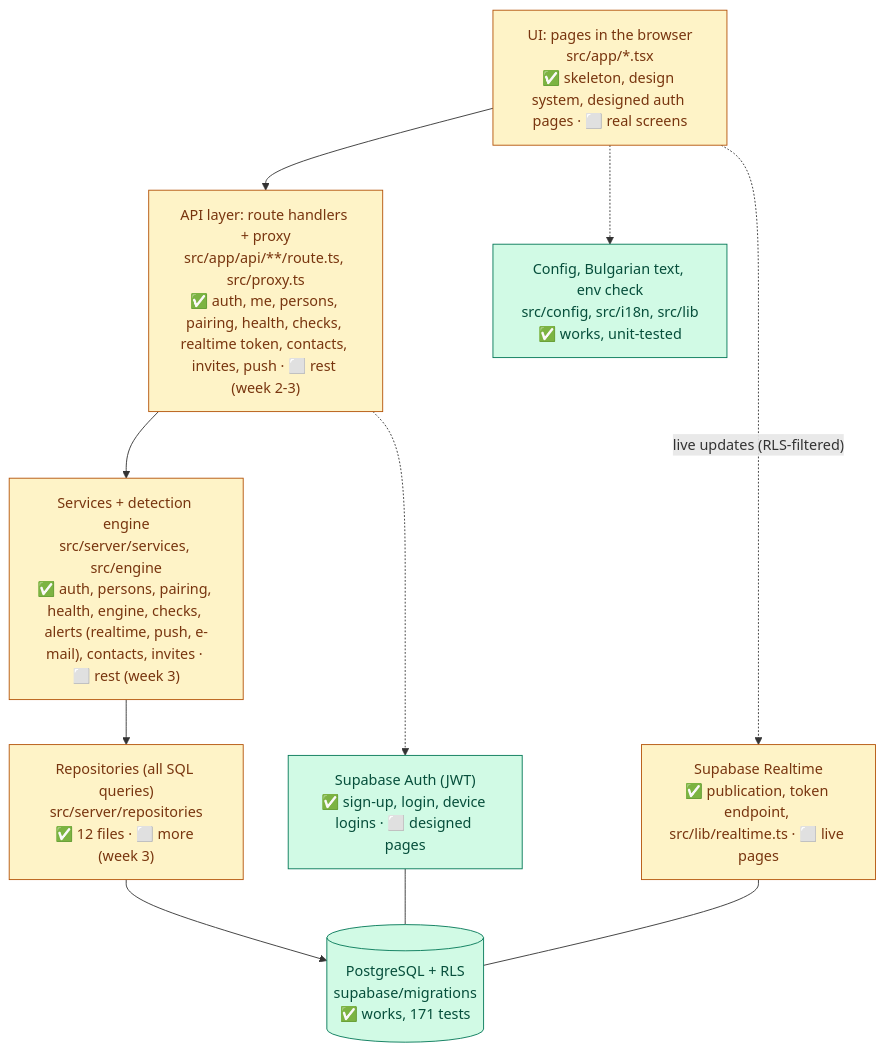
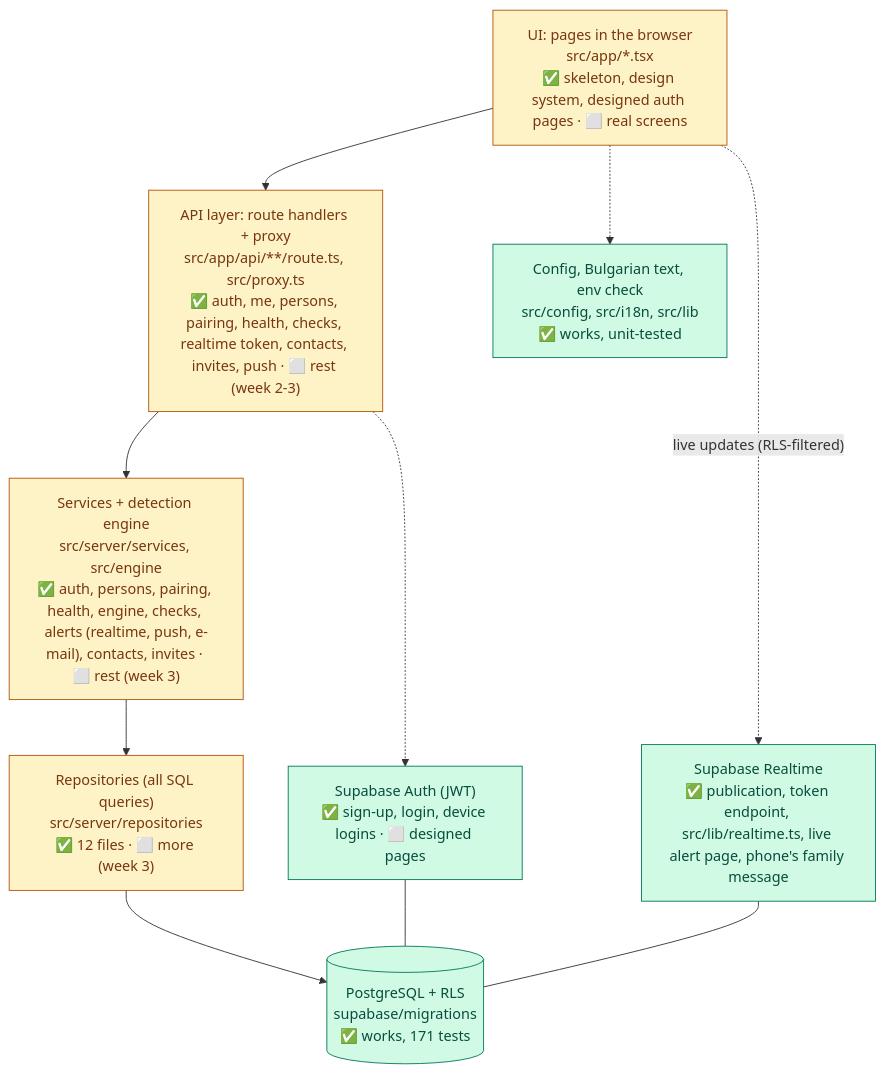
Before and after one commit to AVGe0rgiev23/Scamly: the diagram in docs/HOW_IT_WORKS.md, drawn with Mermaid. The commit also changed other lines of this file and 21 other files, not shown here.

Commit message:
Add live family alert page with „Обаждам ѝ се сега“ button and reliable Realtime updates

````diff
--- a/docs/HOW_IT_WORKS.md
+++ b/docs/HOW_IT_WORKS.md
@@ -38,24 +40,24 @@
 ```mermaid
 flowchart TB
   UI["UI: pages in the browser<br/>src/app/*.tsx<br/>✅ skeleton, design system, designed auth pages · ⬜ real screens"]
   API["API layer: route handlers + proxy<br/>src/app/api/**/route.ts, src/proxy.ts<br/>✅ auth, me, persons, pairing, health, checks, realtime token, contacts, invites, push · ⬜ rest (week 2-3)"]
   SVC["Services + detection engine<br/>src/server/services, src/engine<br/>✅ auth, persons, pairing, health, engine, checks, alerts (realtime, push, e-mail), contacts, invites · ⬜ rest (week 3)"]
   REPO["Repositories (all SQL queries)<br/>src/server/repositories<br/>✅ 12 files · ⬜ more (week 3)"]
   PG[("PostgreSQL + RLS<br/>supabase/migrations<br/>✅ works, 171 tests")]
   AUTH["Supabase Auth (JWT)<br/>✅ sign-up, login, device logins · ⬜ designed pages"]
-  RT["Supabase Realtime<br/>✅ publication, token endpoint, src/lib/realtime.ts · ⬜ live pages"]
+  RT["Supabase Realtime<br/>✅ publication, token endpoint, src/lib/realtime.ts, live alert page, phone's family message"]
   CFG["Config, Bulgarian text, env check<br/>src/config, src/i18n, src/lib<br/>✅ works, unit-tested"]
 
   UI --> API --> SVC --> REPO --> PG
   UI -.-> CFG
   API -.-> AUTH
   AUTH --- PG
   RT --- PG
   UI -. "live updates (RLS-filtered)" .-> RT
 
   classDef done fill:#d1fae5,stroke:#047857,color:#064e3b
   classDef planned fill:#f3f4f6,stroke:#6b7280,stroke-dasharray:5 5,color:#374151
   classDef partly fill:#fef3c7,stroke:#b45309,color:#78350f
-  class PG,CFG,AUTH done
-  class UI,API,SVC,REPO,RT partly
+  class PG,CFG,AUTH,RT done
+  class UI,API,SVC,REPO partly
 ```
````
